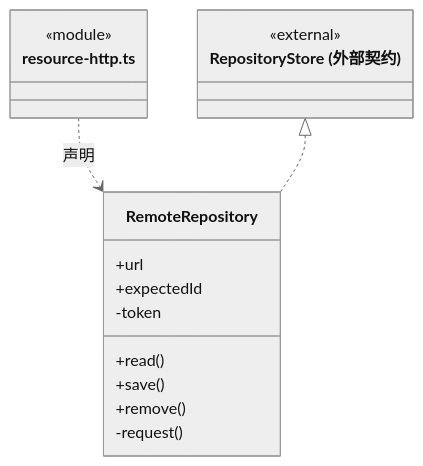
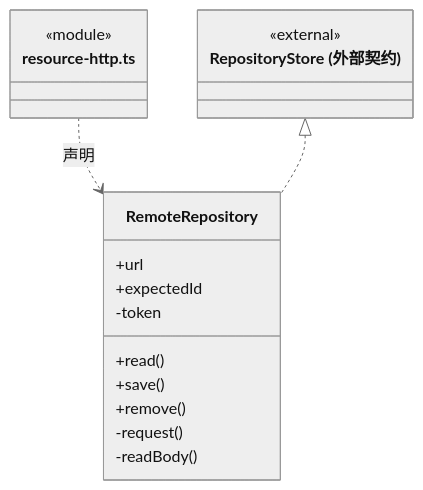
The sixth of 14 diagrams in src/backend/main/resources/ARCHITECTURE.md (nan023062/cbim), drawn with Mermaid (neutral theme) before and after one commit. The commit also changed other lines of this file and 4 other files, not shown here.

````diff
--- a/src/backend/main/resources/ARCHITECTURE.md
+++ b/src/backend/main/resources/ARCHITECTURE.md
@@ -161,20 +161,21 @@
 ```mermaid
 classDiagram
 class N_src_backend_main_resources_resource_http_ts["resource-http.ts"] {
   <<module>>
 }
 class N_src_backend_main_resources_resource_http_ts_RemoteRepository["RemoteRepository"] {
   +url
   +expectedId
   +read()
   +save()
   +remove()
   -token
   -request()
+  -readBody()
 }
 N_src_backend_main_resources_resource_http_ts ..> N_src_backend_main_resources_resource_http_ts_RemoteRepository : 声明
 class N_src_backend_main_resources_resource_http_ts_external_RepositoryStore["RepositoryStore (外部契约)"] {
   <<external>>
 }
 N_src_backend_main_resources_resource_http_ts_external_RepositoryStore <|.. N_src_backend_main_resources_resource_http_ts_RemoteRepository
 ```
````
